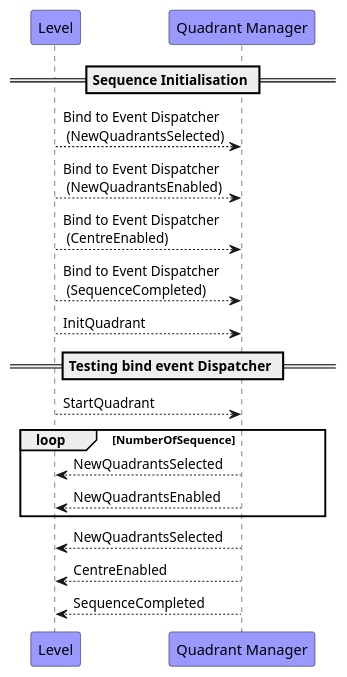
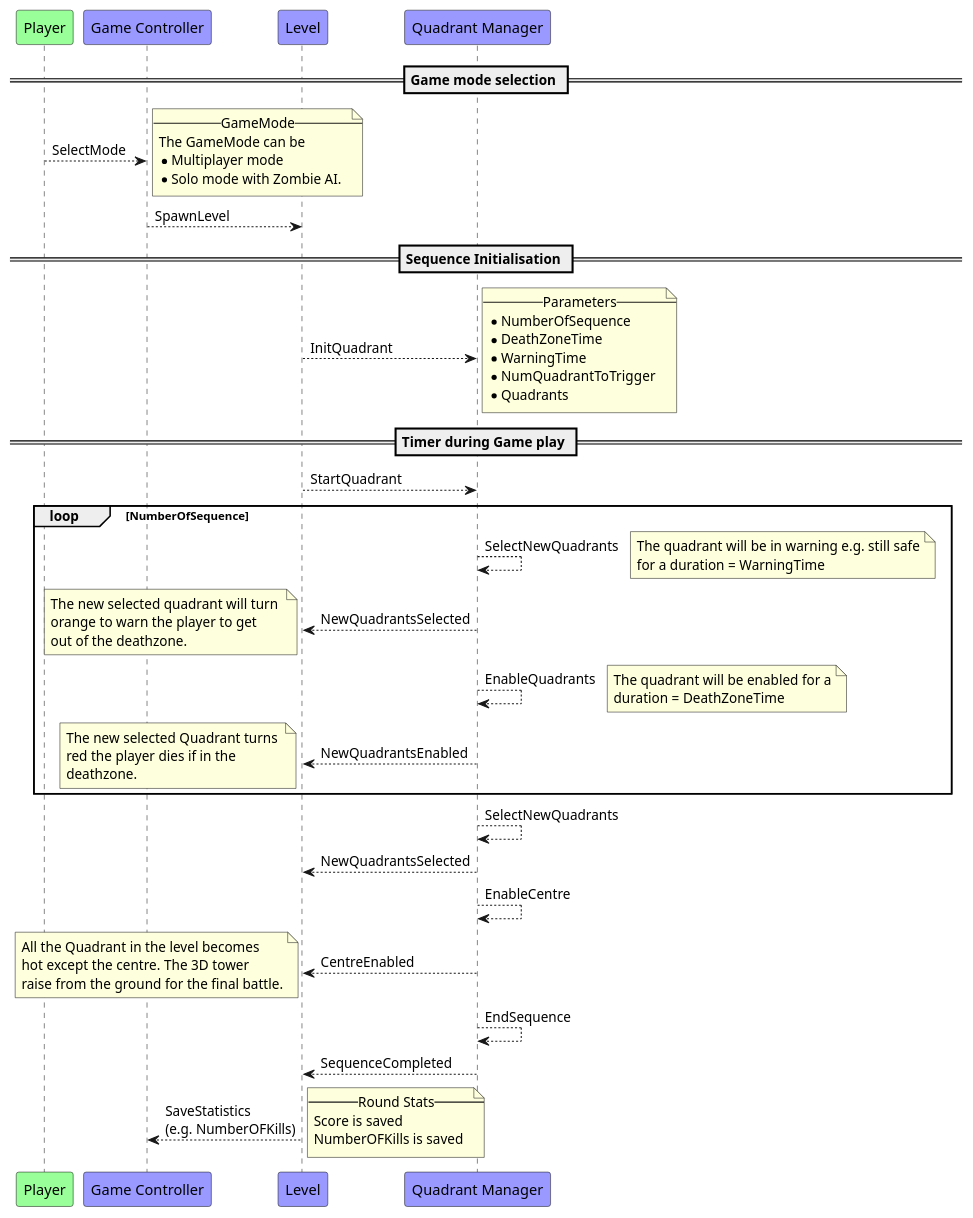
Before and after one commit to Mrlos66/Death_Quadrant: the diagram in Design/FYP-DQ-GameControllerAndQuadMgr.plantuml, drawn with PlantUML. The commit also changed other lines of this file and 2 other files, not shown here.

```diff
--- a/Design/FYP-DQ-GameControllerAndQuadMgr.plantuml
+++ b/Design/FYP-DQ-GameControllerAndQuadMgr.plantuml
@@ -1,19 +1,72 @@
 @startuml
+participant "Player" as Player  #99FF99
+participant "Game Controller" as GameController #9999FF
 participant "Level" as Level  #9999FF
-participant "Quadrant Manager" as QuadMgr #9999FF
+participant "Quadrant Manager" as QuadMgr  #9999FF
+
+== Game mode selection ==
+Player-->GameController: SelectMode
+
+note right
+    -- GameMode --
+    The GameMode can be 
+    * Multiplayer mode 
+    * Solo mode with Zombie AI.
+end note
+GameController-->Level: SpawnLevel
+
 == Sequence Initialisation ==
-Level-->QuadMgr: Bind to Event Dispatcher \n (NewQuadrantsSelected)
-Level-->QuadMgr: Bind to Event Dispatcher \n (NewQuadrantsEnabled)
-Level-->QuadMgr: Bind to Event Dispatcher \n (CentreEnabled)
-Level-->QuadMgr: Bind to Event Dispatcher \n (SequenceCompleted)
 Level-->QuadMgr: InitQuadrant
-== Testing bind event Dispatcher ==
+note right
+    -- Parameters --
+    * NumberOfSequence
+    * DeathZoneTime
+    * WarningTime
+    * NumQuadrantToTrigger
+    * Quadrants
+end note
+== Timer during Game play ==
 Level-->QuadMgr: StartQuadrant
 loop NumberOfSequence
+    QuadMgr-->QuadMgr: SelectNewQuadrants
+    note right
+        The quadrant will be in warning e.g. still safe
+        for a duration = WarningTime
+    end note
     QuadMgr-->Level: NewQuadrantsSelected
-    QuadMgr-->Level: NewQuadrantsEnabled
+    note left 
+    The new selected quadrant will turn 
+    orange to warn the player to get
+    out of the deathzone.
+    end note
+    QuadMgr-->QuadMgr: EnableQuadrants
+    note right
+        The quadrant will be enabled for a
+        duration = DeathZoneTime
+    end note
+    QuadMgr-->Level: NewQuadrantsEnabled    
+    note left
+       The new selected Quadrant turns 
+       red the player dies if in the 
+       deathzone.
+    end note
 end
+QuadMgr-->QuadMgr: SelectNewQuadrants
 QuadMgr-->Level: NewQuadrantsSelected
+QuadMgr-->QuadMgr: EnableCentre
 QuadMgr-->Level: CentreEnabled
+note left
+    All the Quadrant in the level becomes
+    hot except the centre. The 3D tower
+    raise from the ground for the final battle.
+end note
+QuadMgr-->QuadMgr: EndSequence
 QuadMgr-->Level: SequenceCompleted
+
+Level-->GameController: SaveStatistics \n(e.g. NumberOFKills)
+note right
+    -- Round Stats --
+    Score is saved
+    NumberOFKills is saved
+end note
 @enduml
```
